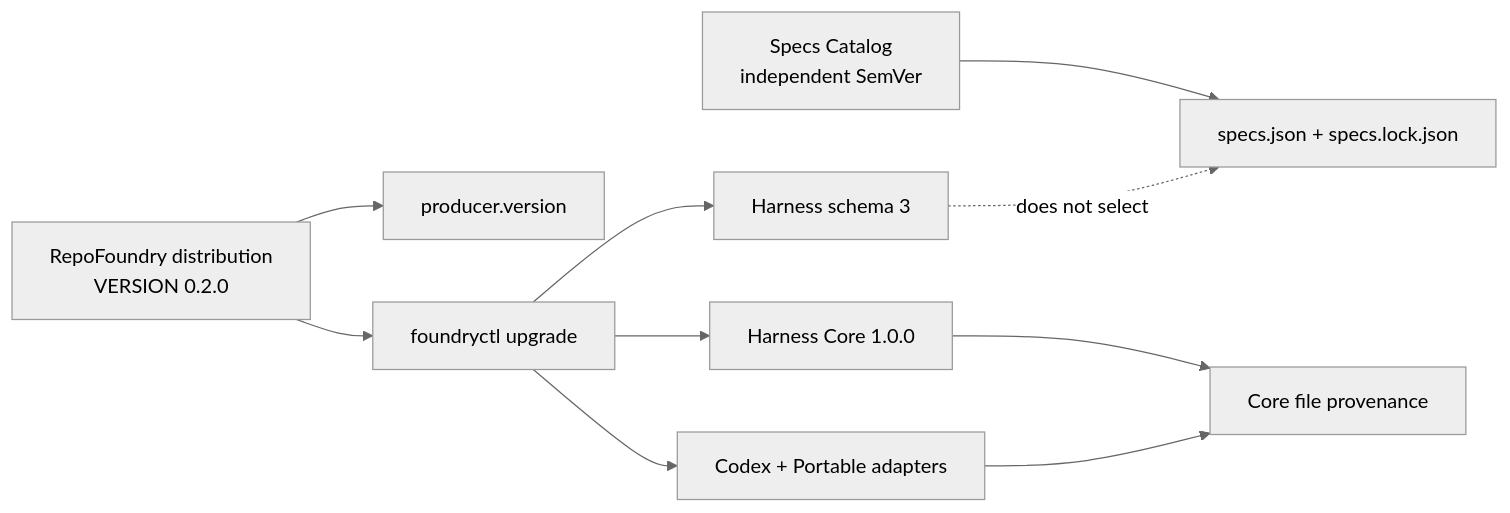
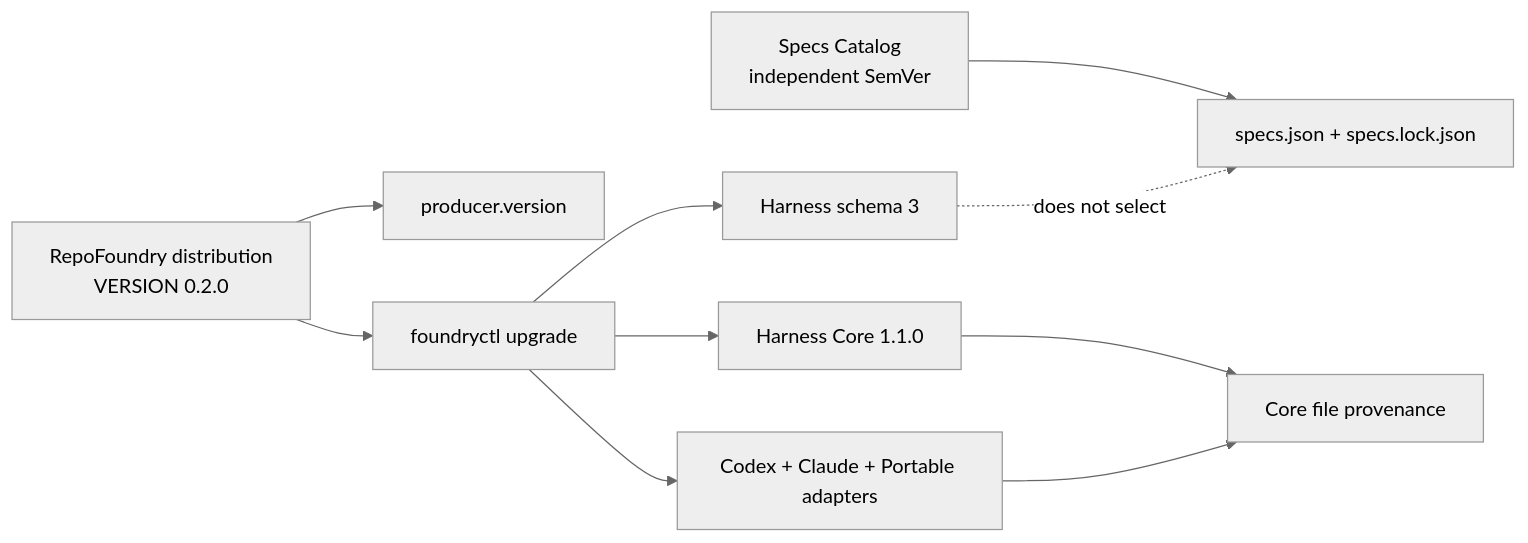
Before and after one commit to XiaoWeiKIN/RepoFoundryAI: the first of 3 diagrams in docs/design-docs/repo-foundry-versioning-and-migrations.md, drawn with Mermaid (neutral theme). The commit also changed other lines of this file and 23 other files, not shown here.

````diff
--- a/docs/design-docs/repo-foundry-versioning-and-migrations.md
+++ b/docs/design-docs/repo-foundry-versioning-and-migrations.md
@@ -38,12 +40,12 @@
 ```mermaid
 flowchart LR
     D["RepoFoundry distribution<br/>VERSION 0.2.0"] --> P["producer.version"]
     D --> U["foundryctl upgrade"]
     U --> H["Harness schema 3"]
-    U --> C["Harness Core 1.0.0"]
-    U --> A["Codex + Portable adapters"]
+    U --> C["Harness Core 1.1.0"]
+    U --> A["Codex + Claude + Portable adapters"]
     C --> F["Core file provenance"]
     A --> F
     S["Specs Catalog<br/>independent SemVer"] --> L["specs.json + specs.lock.json"]
     H -.->|"does not select"| L
 ```
````
